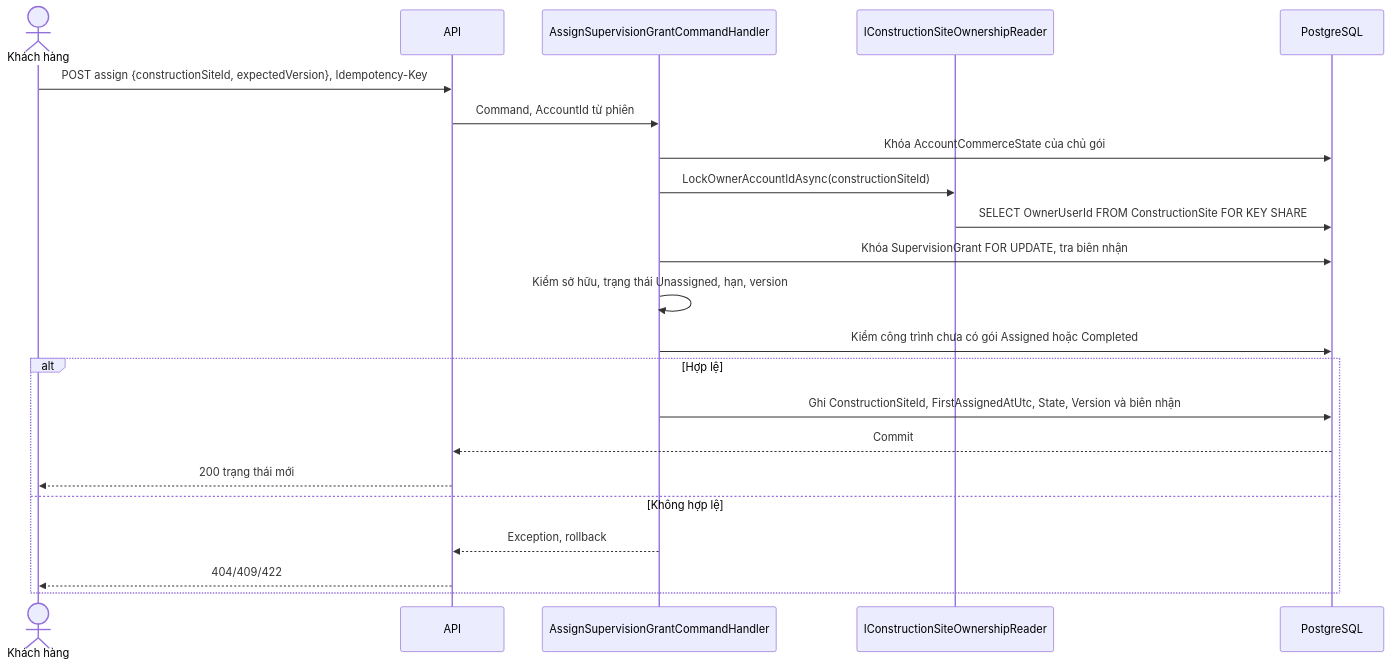
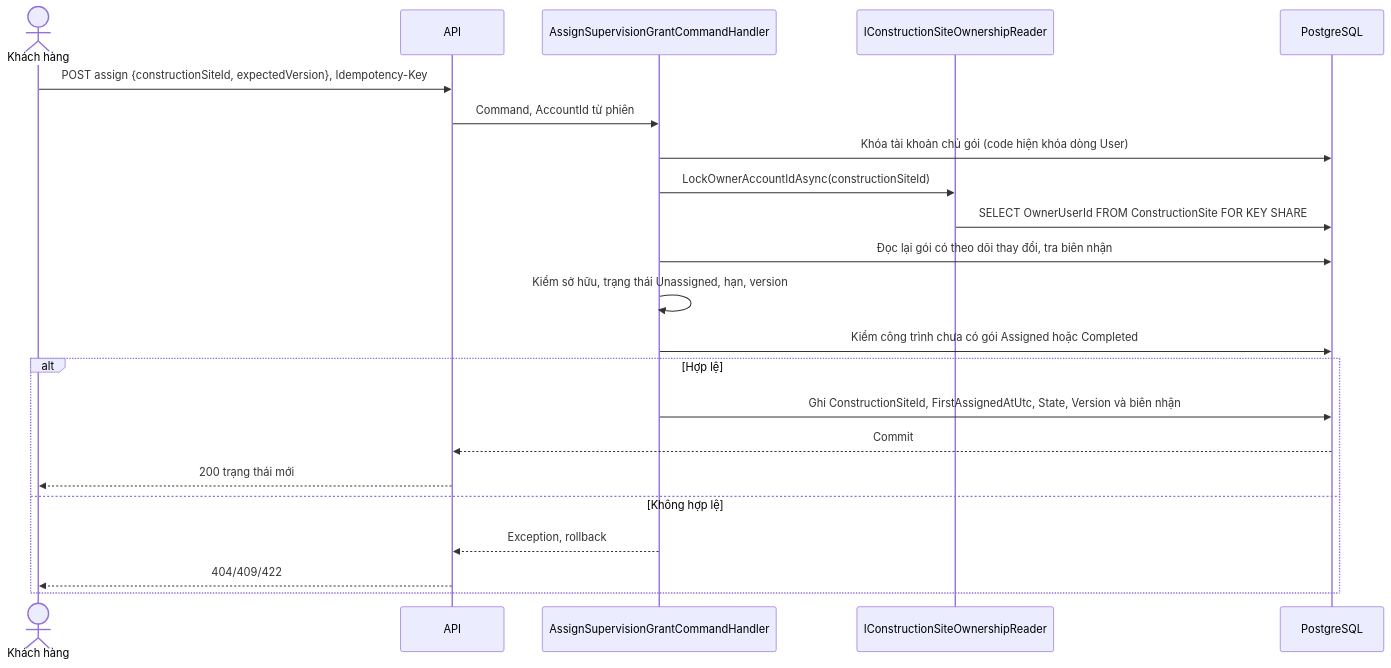
Before and after one commit to TaskCoper/bmt-documentation: the second of 5 diagrams in tdd/TDD-SUB-004.md, drawn with Mermaid. The commit also changed other lines of this file and 12 other files, not shown here.

First line of the commit message:
docs: đồng bộ TDD, ERD và nợ kỹ thuật với code đã triển khai

````diff
--- a/tdd/TDD-SUB-004.md
+++ b/tdd/TDD-SUB-004.md
@@ -133,24 +136,24 @@
 ```mermaid
 sequenceDiagram
     actor U as Khách hàng
     participant A as API
     participant H as AssignSupervisionGrantCommandHandler
     participant O as IConstructionSiteOwnershipReader
     participant D as PostgreSQL
     U->>A: POST assign {constructionSiteId, expectedVersion}, Idempotency-Key
     A->>H: Command, AccountId từ phiên
-    H->>D: Khóa AccountCommerceState của chủ gói
+    H->>D: Khóa tài khoản chủ gói (code hiện khóa dòng User)
     H->>O: LockOwnerAccountIdAsync(constructionSiteId)
     O->>D: SELECT OwnerUserId FROM ConstructionSite FOR KEY SHARE
-    H->>D: Khóa SupervisionGrant FOR UPDATE, tra biên nhận
+    H->>D: Đọc lại gói có theo dõi thay đổi, tra biên nhận
     H->>H: Kiểm sở hữu, trạng thái Unassigned, hạn, version
     H->>D: Kiểm công trình chưa có gói Assigned hoặc Completed
     alt Hợp lệ
       H->>D: Ghi ConstructionSiteId, FirstAssignedAtUtc, State, Version và biên nhận
       D-->>A: Commit
       A-->>U: 200 trạng thái mới
     else Không hợp lệ
       H-->>A: Exception, rollback
       A-->>U: 404/409/422
     end
 ```
````
